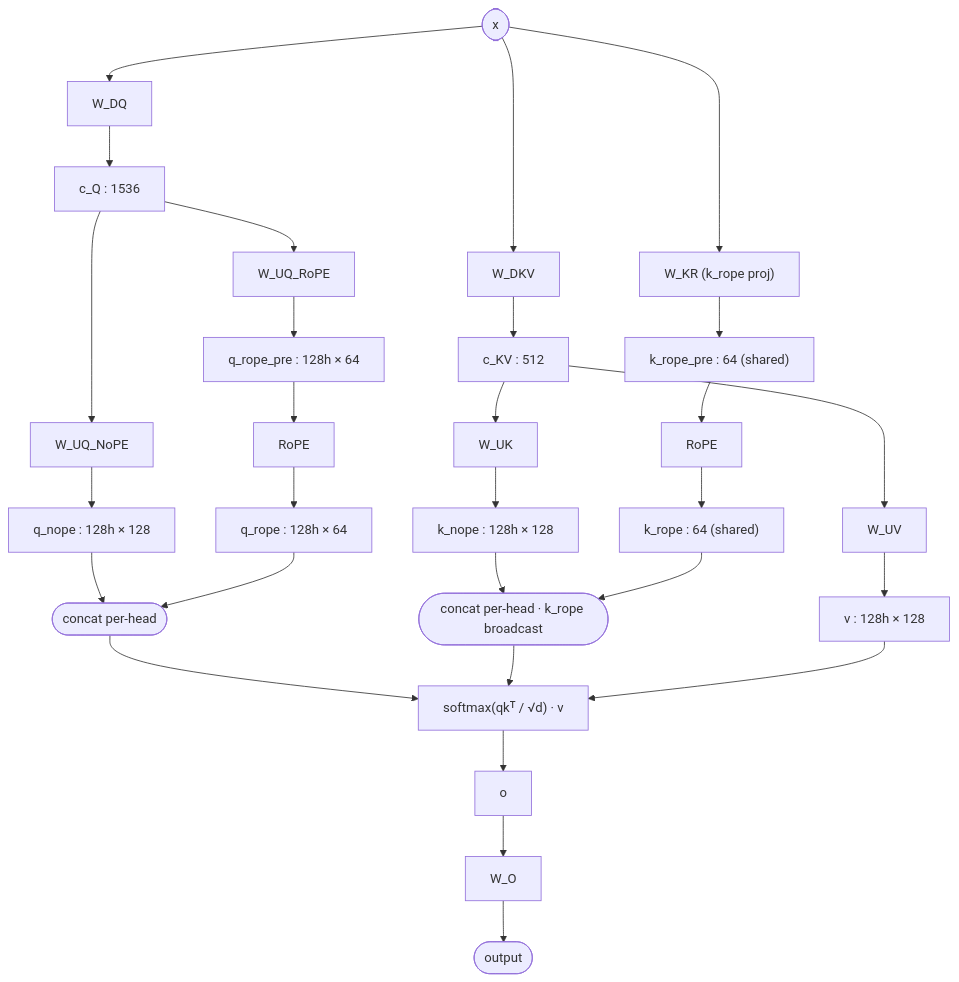
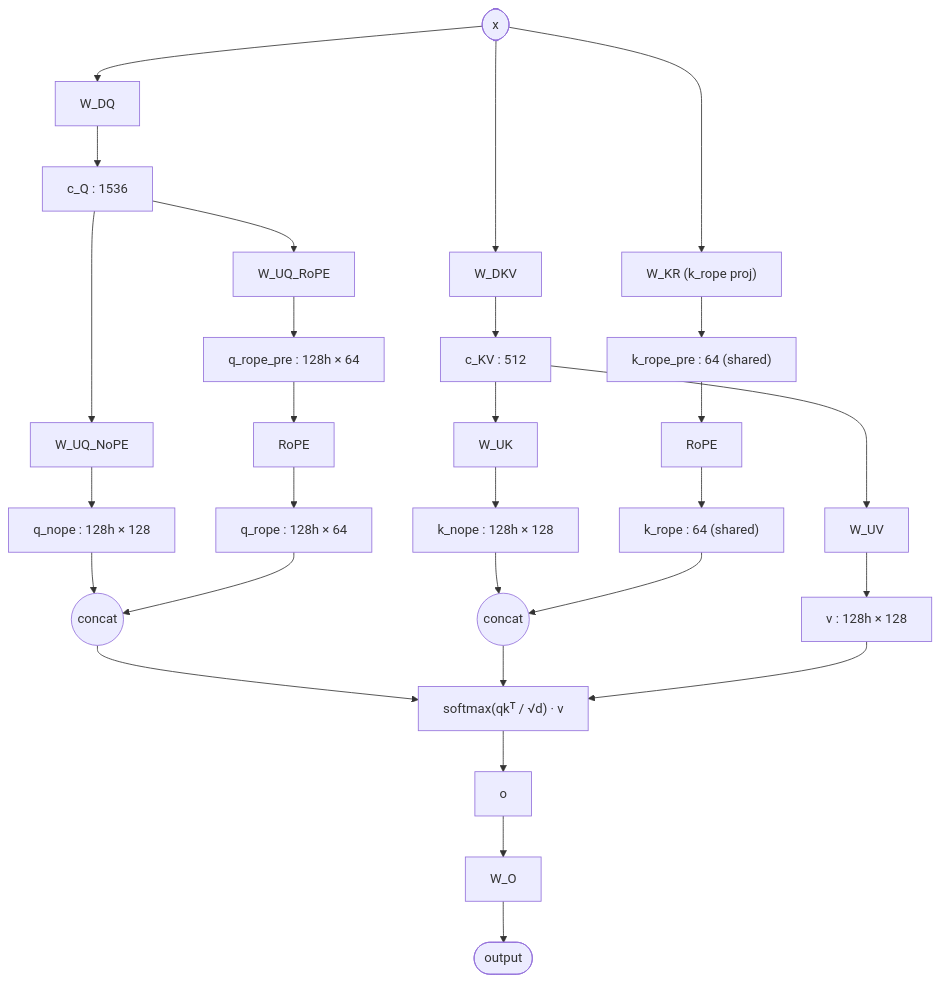
One commit to AndyKong2020/AI-Infra-Auto-Driven-SKILLS changed the diagram in skills/model-architecture-ascii/references/diagrams/deepseek-v3.2-mla.md. Above: the diagram before and after it, drawn with Mermaid. The commit also changed 1 other file, not shown here.

Commit message:
Fix shape collision: concat → circle, add shape gallery
The earlier 3-shape table had concat reusing the capsule shape used for
flow endpoints (input tokens / logits / x / output), so capsules in a
diagram could mean either "start/end" or "inner merge point" depending
on context. Eyes had to parse position to disambiguate.

- concat / merge / fan-in now uses single circle `id((label))`.
- Style guide grows a "Shape gallery" mini-Mermaid block showing all
  three shapes side by side as a canonical visual reference.
- MLA diagram updated: q_concat and k_concat become circles; the
  "k_rope broadcast" qualifier moves out of the node label (already
  covered in Notes per the cross-cutting-facts rule).

````diff
--- a/skills/model-architecture-ascii/references/diagrams/deepseek-v3.2-mla.md
+++ b/skills/model-architecture-ascii/references/diagrams/deepseek-v3.2-mla.md
@@ -19,41 +19,41 @@
 ```mermaid
 flowchart TD
     x([x])
 
     x --> WDQ[W_DQ]
     x --> WDKV[W_DKV]
     x --> WKR["W_KR (k_rope proj)"]
 
     WDQ --> cQ["c_Q : 1536"]
     WDKV --> cKV["c_KV : 512"]
     WKR --> kr_pre["k_rope_pre : 64 (shared)"]
 
     cQ --> WUQ_NoPE[W_UQ_NoPE]
     cQ --> WUQ_RoPE[W_UQ_RoPE]
     cKV --> WUK[W_UK]
     cKV --> WUV[W_UV]
 
     WUQ_NoPE --> q_nope["q_nope : 128h × 128"]
     WUQ_RoPE --> q_rope_pre["q_rope_pre : 128h × 64"]
     WUK --> k_nope["k_nope : 128h × 128"]
     WUV --> v["v : 128h × 128"]
 
     q_rope_pre --> RoPE_q[RoPE]
     kr_pre --> RoPE_k[RoPE]
 
     RoPE_q --> q_rope["q_rope : 128h × 64"]
     RoPE_k --> k_rope["k_rope : 64 (shared)"]
 
-    q_nope --> q_concat([concat per-head])
+    q_nope --> q_concat((concat))
     q_rope --> q_concat
-    k_nope --> k_concat([concat per-head · k_rope broadcast])
+    k_nope --> k_concat((concat))
     k_rope --> k_concat
 
     q_concat --> attn["softmax(qkᵀ / √d) · v"]
     k_concat --> attn
     v --> attn
 
     attn --> o[o]
     o --> WO[W_O]
     WO --> out([output])
 ```
````
